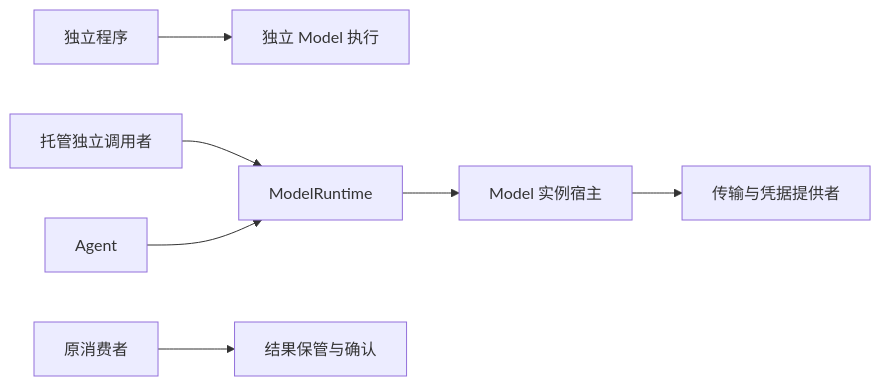
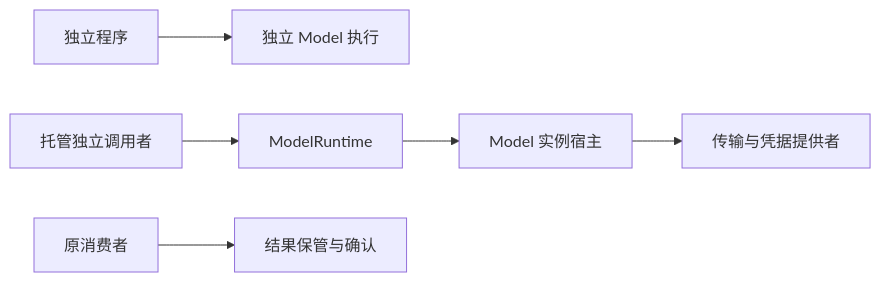
Before and after one commit to nemori-ai/omne-harness-lite: the diagram in packages/model/model-contract/docs/context.md, drawn with Mermaid. The commit also changed other lines of this file and 10 other files, not shown here.

````diff
--- a/packages/model/model-contract/docs/context.md
+++ b/packages/model/model-contract/docs/context.md
@@ -9,9 +9,8 @@
 ```mermaid
 flowchart LR
   Independent[独立程序] --> Transport[独立 Model 执行]
   Caller[托管独立调用者] --> Runtime[ModelRuntime]
-  Agent[Agent] --> Runtime
   Runtime --> Host[Model 实例宿主]
   Host --> Provider[传输与凭据提供者]
   Consumer[原消费者] --> Custody[结果保管与确认]
 ```
````
